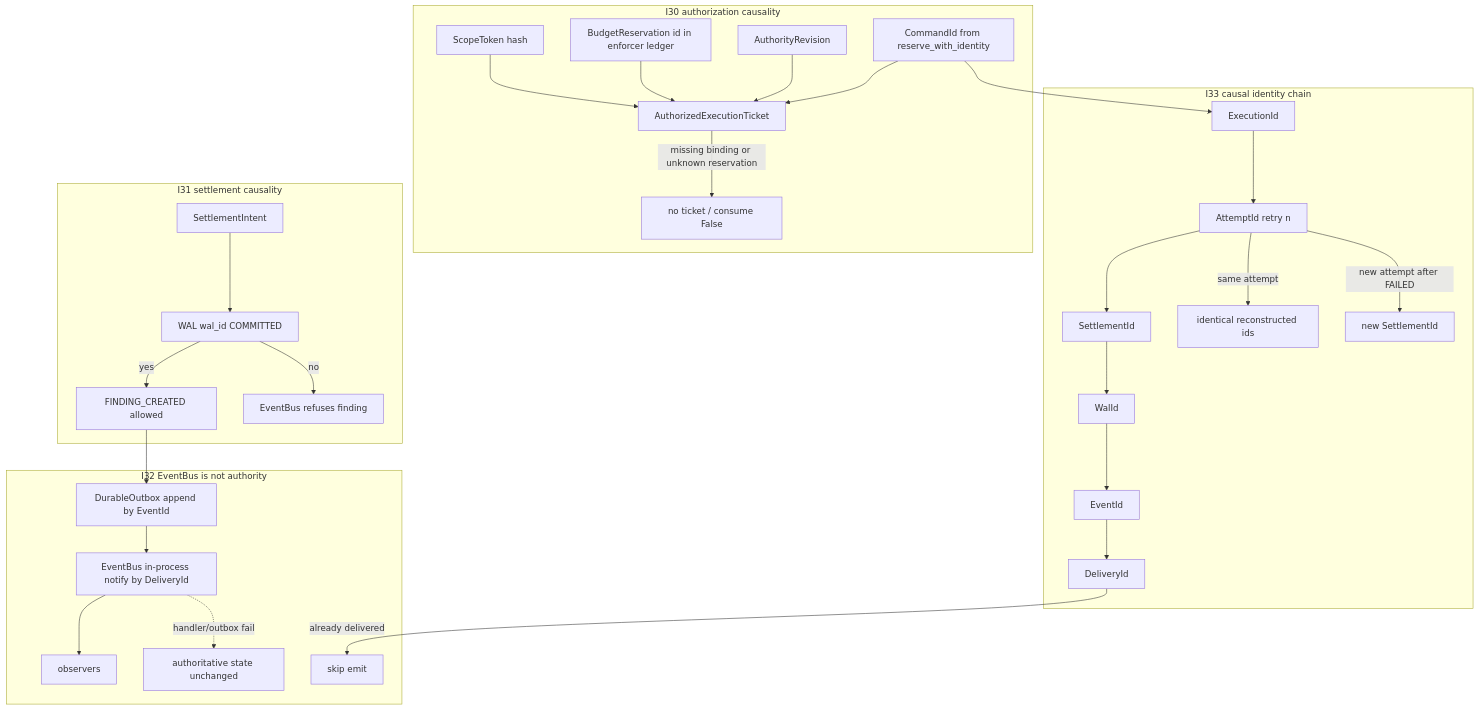
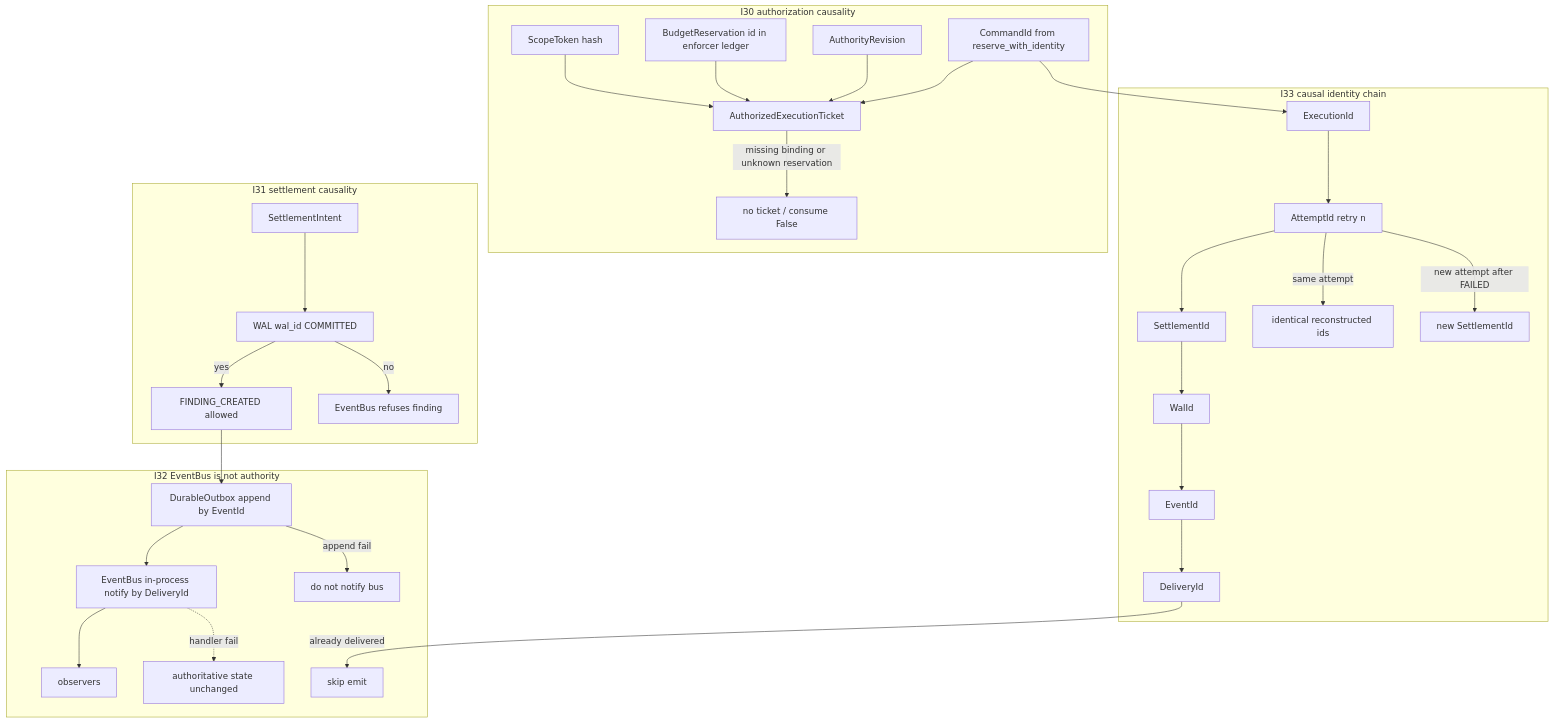
Diagram 16 of 16 in docs/flowchart.md (AviralGup7/Singularity-Zero), drawn with Mermaid before and after one commit. The commit also changed other lines of this file, not shown here.

Commit message:
docs(flowchart): atlas matches per-stage admit, report join, I35 execute, HMAC receipt

````diff
--- a/docs/flowchart.md
+++ b/docs/flowchart.md
@@ -552,36 +562,37 @@
 ```mermaid
 flowchart TD
     subgraph I30["I30 authorization causality"]
         Scope["ScopeToken hash"]
         Res["BudgetReservation id in enforcer ledger"]
         Rev["AuthorityRevision"]
         Cmd["CommandId from reserve_with_identity"]
         Scope --> Ticket["AuthorizedExecutionTicket"]
         Res --> Ticket
         Rev --> Ticket
         Cmd --> Ticket
         Ticket -->|"missing binding or unknown reservation"| Reject["no ticket / consume False"]
     end
     subgraph I33["I33 causal identity chain"]
         Cmd --> ExecId["ExecutionId"]
         ExecId --> AttId["AttemptId retry n"]
         AttId --> StlId["SettlementId"]
         StlId --> WalId["WalId"]
         WalId --> EvtId["EventId"]
         EvtId --> DlvId["DeliveryId"]
         AttId -->|"same attempt"| Same["identical reconstructed ids"]
         AttId -->|"new attempt after FAILED"| Retry["new SettlementId"]
     end
     subgraph I31["I31 settlement causality"]
         Intent["SettlementIntent"] --> Durable["WAL wal_id COMMITTED"]
         Durable -->|"yes"| Finding["FINDING_CREATED allowed"]
         Durable -->|"no"| NoEmit["EventBus refuses finding"]
     end
     subgraph I32["I32 EventBus is not authority"]
         Finding --> Outbox["DurableOutbox append by EventId"]
         Outbox --> Bus["EventBus in-process notify by DeliveryId"]
         Bus --> Consumers["observers"]
-        Bus -.->|"handler/outbox fail"| Still["authoritative state unchanged"]
+        Outbox -->|append fail| NoBus["do not notify bus"]
+        Bus -.->|"handler fail"| Still["authoritative state unchanged"]
         DlvId -->|"already delivered"| Skip["skip emit"]
     end
 ```
````
